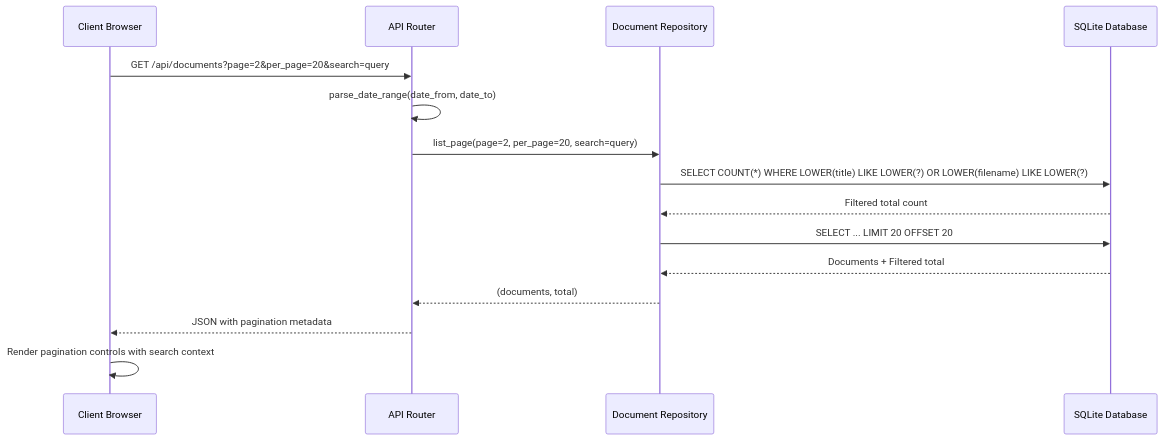
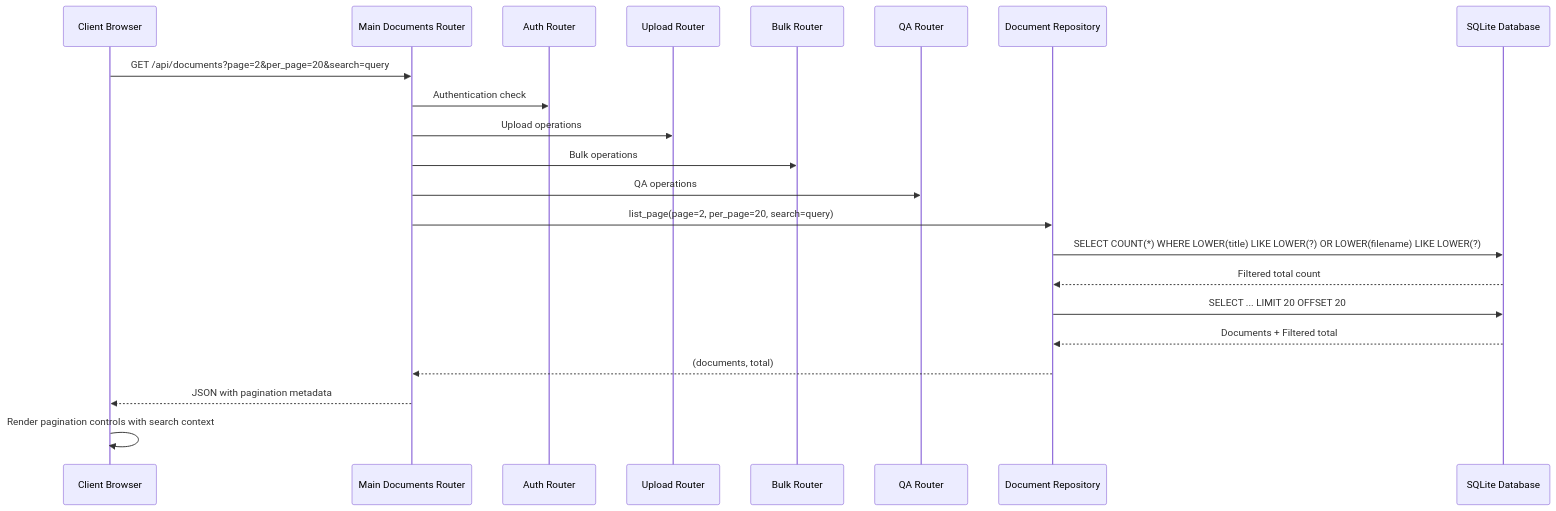
One commit to ognelis/cafetera_hr_bot changed diagram 11 of 26 in .qoder/repowiki/en/content/Document Management System.md. Above: the diagram before and after it, drawn with Mermaid. The commit also changed other lines of this file and 12 other files, not shown here.

````diff
--- a/.qoder/repowiki/en/content/Document Management System.md
+++ b/.qoder/repowiki/en/content/Document Management System.md
@@ -1419,17 +1466,24 @@
 ```mermaid
 sequenceDiagram
 participant Client as Client Browser
-participant API as API Router
+participant MainRouter as Main Documents Router
+participant AuthRouter as Auth Router
+participant UploadRouter as Upload Router
+participant BulkRouter as Bulk Router
+participant QARouter as QA Router
 participant Repo as Document Repository
 participant DB as SQLite Database
-Client->>API : GET /api/documents?page=2&per_page=20&search=query
-API->>API : parse_date_range(date_from, date_to)
-API->>Repo : list_page(page=2, per_page=20, search=query)
+Client->>MainRouter : GET /api/documents?page=2&per_page=20&search=query
+MainRouter->>AuthRouter : Authentication check
+MainRouter->>UploadRouter : Upload operations
+MainRouter->>BulkRouter : Bulk operations
+MainRouter->>QARouter : QA operations
+MainRouter->>Repo : list_page(page=2, per_page=20, search=query)
 Repo->>DB : SELECT COUNT(*) WHERE LOWER(title) LIKE LOWER(?) OR LOWER(filename) LIKE LOWER(?)
 DB-->>Repo : Filtered total count
 Repo->>DB : SELECT ... LIMIT 20 OFFSET 20
 DB-->>Repo : Documents + Filtered total
-Repo-->>API : (documents, total)
-API-->>Client : JSON with pagination metadata
+Repo-->>MainRouter : (documents, total)
+MainRouter-->>Client : JSON with pagination metadata
 Client->>Client : Render pagination controls with search context
 ```
````
